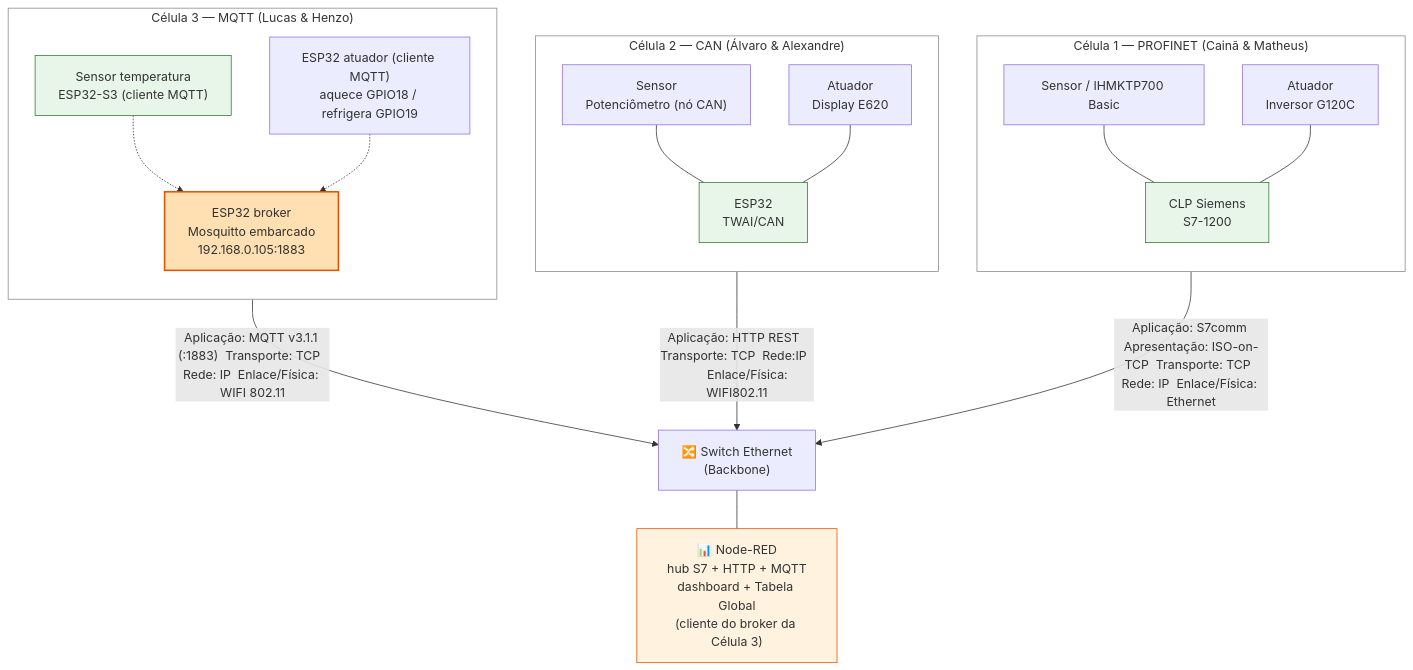
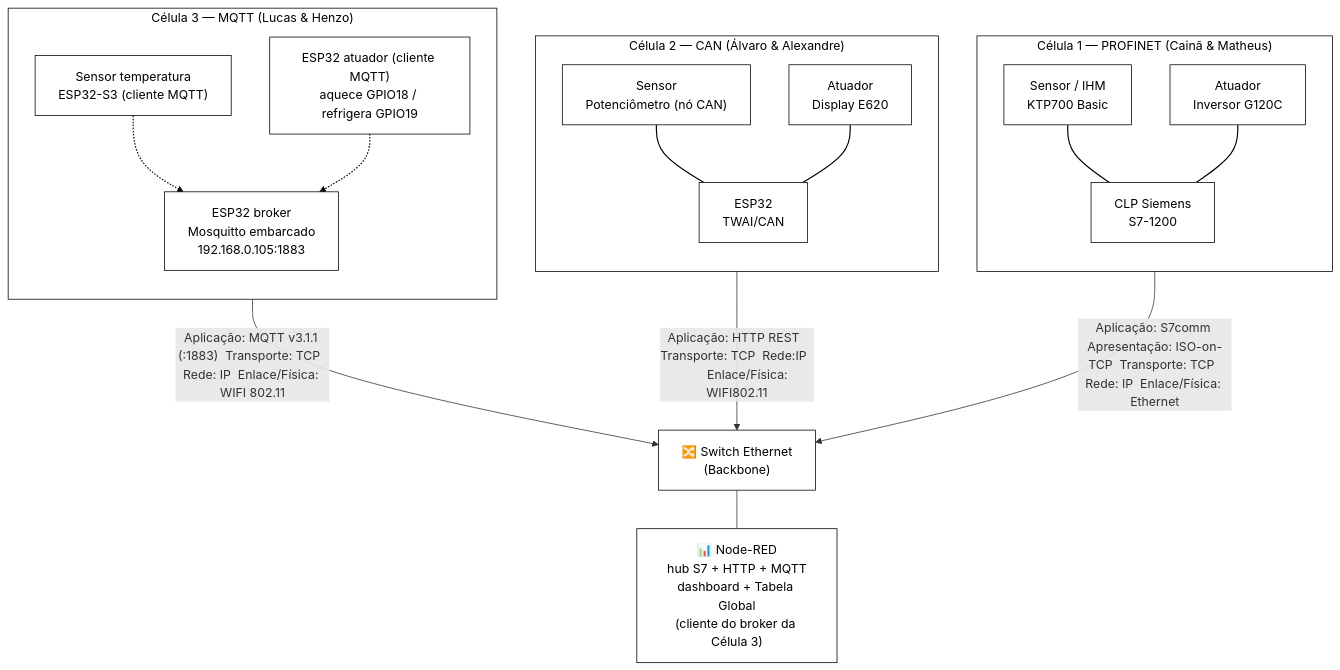
One commit to Scheeffer/Project_Nexus changed the diagram in README.md. Above: the diagram before and after it, drawn with Mermaid. The commit also changed other lines of this file, not shown here.

Commit message:
Refine flowchart and legend in README
Updated diagram and legend for system architecture.

````diff
--- a/README.md
+++ b/README.md
@@ -73,37 +73,36 @@
 ```mermaid
 flowchart TB
     subgraph CELULA1[" Célula 1 — PROFINET (Cainã & Matheus)"]
         direction TB
-        S1["Sensor / IHM<rd/>KTP700 Basic"] --- PLC["CLP Siemens<br/>S7-1200"]
+        S1["Sensor / IHM<br/>KTP700 Basic"] --- PLC["CLP Siemens<br/>S7-1200"]
         A1["Atuador<br/>Inversor G120C"] --- PLC
     end
-
     subgraph CELULA2[" Célula 2 — CAN (Álvaro & Alexandre)"]
         direction TB
         S2["Sensor<br/>Potenciômetro (nó CAN)"] --- ESP2["ESP32<br/>TWAI/CAN"]
         A2["Atuador<br/>Display E620"] --- ESP2
     end
-
     subgraph CELULA3[" Célula 3 — MQTT (Lucas & Henzo)"]
         direction TB
         S3["Sensor temperatura<br/>ESP32-S3 (cliente MQTT)"] -.-> BR3[" ESP32 broker<br/>Mosquitto embarcado<br/>192.168.0.105:1883"]
-        A3["ESP32 atuador (cliente MQTT)<br/>aquece GPIO18 / refrigera GPIO19"] -.-> BR3[" ESP32 broker<br/>Mosquitto embarcado<br/>192.168.0.105:1883"]
+        A3["ESP32 atuador (cliente MQTT)<br/>aquece GPIO18 / refrigera GPIO19"] -.-> BR3
     end
-
     SW["🔀 Switch Ethernet<br/>(Backbone)"]
     NR["📊 Node-RED<br/>hub S7 + HTTP + MQTT<br/>dashboard + Tabela Global<br/>(cliente do broker da Célula 3)"]
-
     PLC -- "Aplicação: S7comm Apresentação: ISO-on-TCP  Transporte: TCP  Rede: IP  Enlace/Física: Ethernet" --> SW
     ESP2 -- "Aplicação: HTTP REST  Transporte: TCP  Rede:IP         Enlace/Física: WIFI802.11" --> SW
     BR3 -- "Aplicação: MQTT v3.1.1 (:1883)  Transporte: TCP  Rede: IP  Enlace/Física: WIFI 802.11" --> SW
     SW --- NR
 
-    classDef cell fill:#ffffff,stroke:#888,stroke-width:1px;
-    classDef local fill:#e8f5e9,stroke:#2e7d32,stroke-width:1px;
-    classDef central fill:#fff3e0,stroke:#e65100,stroke-width:1px;
-    classDef broker fill:#ffe0b2,stroke:#e65100,stroke-width:2px;
+    classDef cell   fill:#ffffff,stroke:#000000,stroke-width:1px,color:#000000;
+    classDef bloco  fill:#ffffff,stroke:#000000,stroke-width:1px,color:#000000;
+    classDef central fill:#ffffff,stroke:#000000,stroke-width:1px,color:#000000;
+    classDef broker  fill:#ffffff,stroke:#000000,stroke-width:1px,color:#000000;
+
     class CELULA1,CELULA2,CELULA3 cell;
-    class PLC,ESP2,ESP3,S3 local;
-    class NR central;
+    class S1,PLC,A1,S2,ESP2,A2,S3,A3 bloco;
     class BR3 broker;
+    class SW,NR central;
+
+    linkStyle 0,1,2,3,4,5 stroke:#000000,stroke-width:1.5px;
 ```
````
